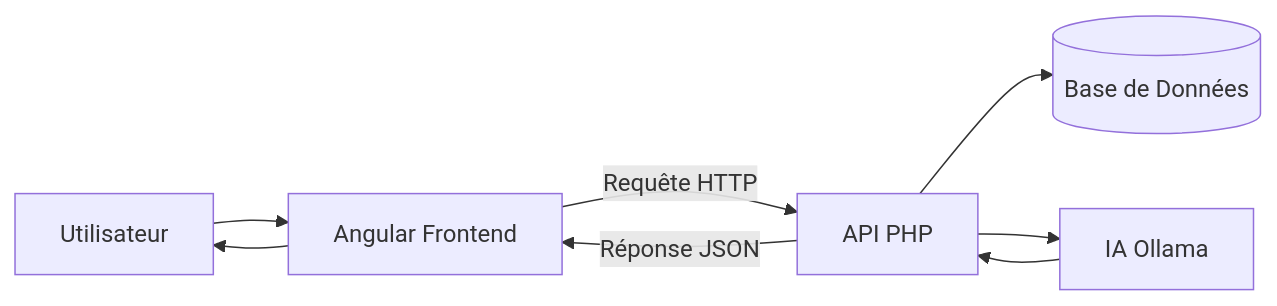
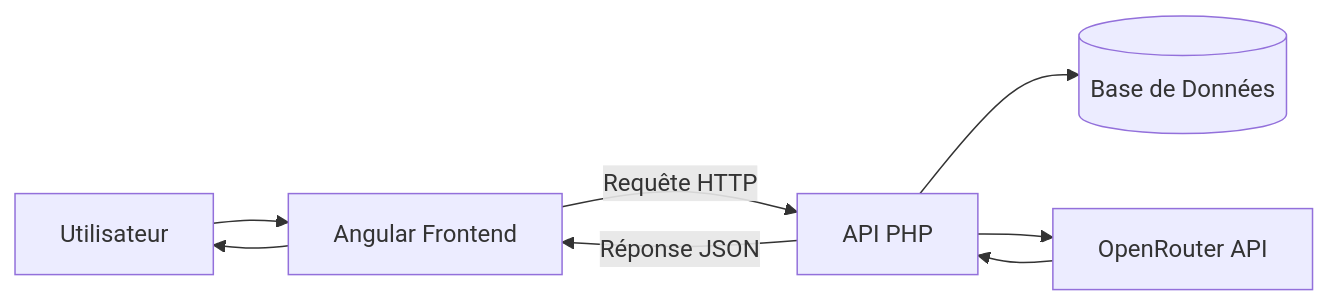
Before and after one commit to ritej2/EducanetFinalProject: the diagram in rapport_technique.md, drawn with Mermaid. The commit also changed other lines of this file and 3 other files, not shown here.

````diff
--- a/rapport_technique.md
+++ b/rapport_technique.md
@@ -9,10 +9,10 @@
 ```mermaid
 flowchart LR
     A[Utilisateur] --> B[Angular Frontend]
     B -->|Requête HTTP| C[API PHP]
     C --> D[(Base de Données)]
-    C --> E[IA Ollama]
+    C --> E[OpenRouter API]
     E --> C
     C -->|Réponse JSON| B
     B --> A
 ```
````
